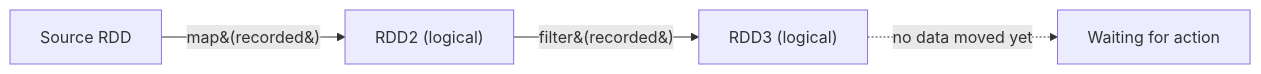
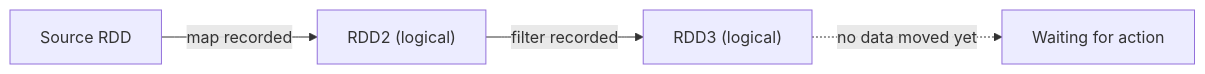
One commit to hsoni92/ml-workbook changed the first of 2 diagrams in bits-pilani/trimester-3/notes/big-data-platforms-and-analytics/week-06/02-understanding-lazy-evaluation-why-wait-transcript.md. Above: the diagram before and after it, drawn with Mermaid. The commit also changed 4 other files, not shown here.

````diff
--- a/bits-pilani/trimester-3/notes/big-data-platforms-and-analytics/week-06/02-understanding-lazy-evaluation-why-wait-transcript.md
+++ b/bits-pilani/trimester-3/notes/big-data-platforms-and-analytics/week-06/02-understanding-lazy-evaluation-why-wait-transcript.md
@@ -24,6 +24,6 @@
 ```mermaid
 flowchart LR
-    SRC["Source RDD"] -->|map&#40;recorded&#41;| R2["RDD2 (logical)"]
-    R2 -->|filter&#40;recorded&#41;| R3["RDD3 (logical)"]
+    SRC["Source RDD"] -->|map recorded| R2["RDD2 (logical)"]
+    R2 -->|filter recorded| R3["RDD3 (logical)"]
     R3 -.->|no data moved yet| X["Waiting for action"]
 ```
````
